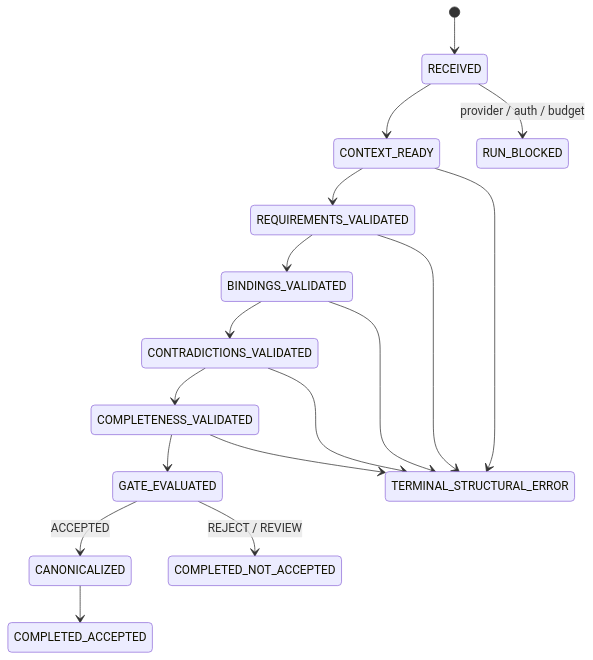
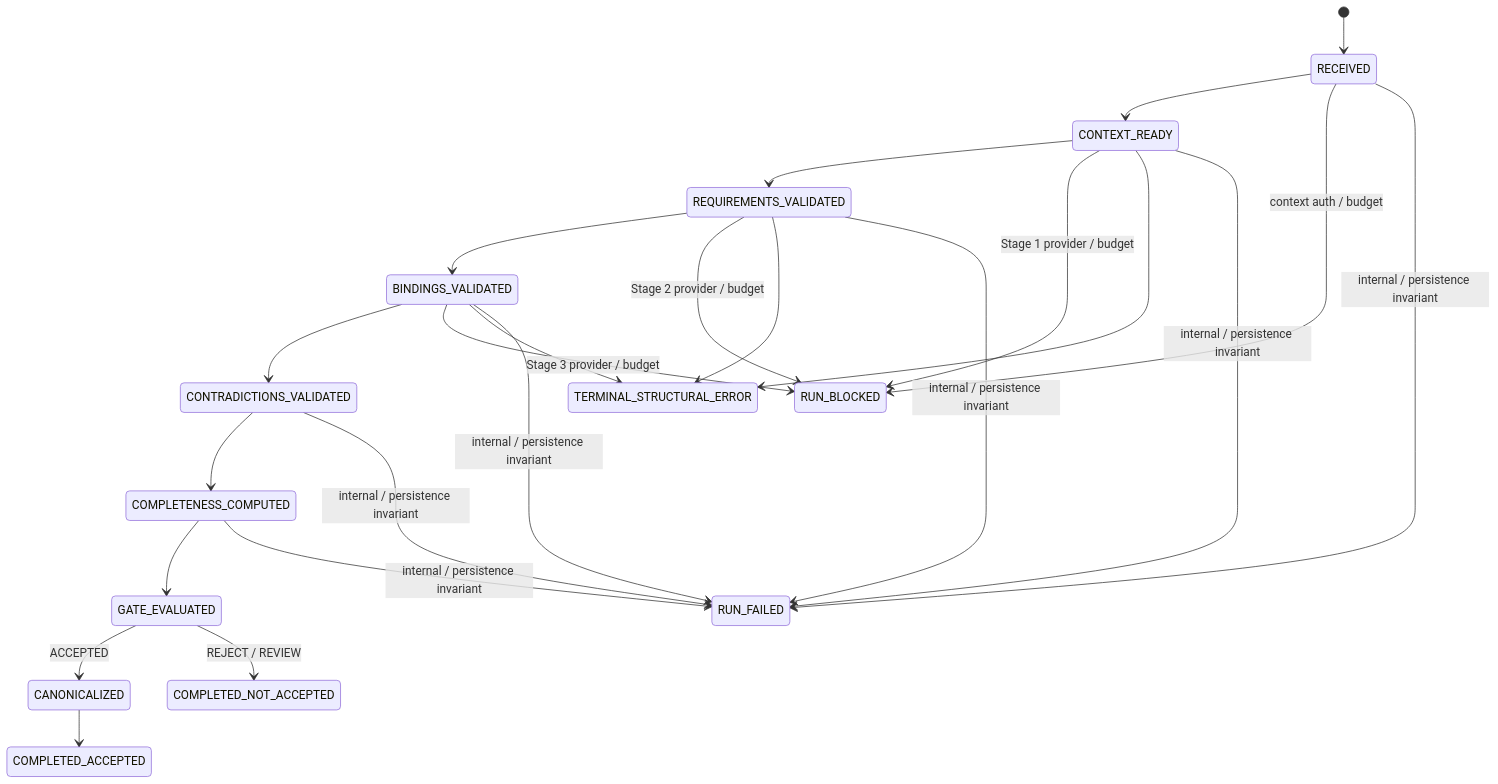
The second of 2 diagrams in docs/continuum_module_01_semantic_dependency_compiler/02_ARCHITECTURE.md (dabaitudiu/continuum), drawn with Mermaid before and after one commit. The commit also changed other lines of this file and 10 other files, not shown here.

````diff
--- a/docs/continuum_module_01_semantic_dependency_compiler/02_ARCHITECTURE.md
+++ b/docs/continuum_module_01_semantic_dependency_compiler/02_ARCHITECTURE.md
@@ -88,20 +87,27 @@
 ```mermaid
 stateDiagram-v2
     [*] --> RECEIVED
     RECEIVED --> CONTEXT_READY
     CONTEXT_READY --> REQUIREMENTS_VALIDATED
     REQUIREMENTS_VALIDATED --> BINDINGS_VALIDATED
     BINDINGS_VALIDATED --> CONTRADICTIONS_VALIDATED
-    CONTRADICTIONS_VALIDATED --> COMPLETENESS_VALIDATED
-    COMPLETENESS_VALIDATED --> GATE_EVALUATED
+    CONTRADICTIONS_VALIDATED --> COMPLETENESS_COMPUTED
+    COMPLETENESS_COMPUTED --> GATE_EVALUATED
     GATE_EVALUATED --> CANONICALIZED: ACCEPTED
     GATE_EVALUATED --> COMPLETED_NOT_ACCEPTED: REJECT / REVIEW
     CANONICALIZED --> COMPLETED_ACCEPTED
 
-    RECEIVED --> RUN_BLOCKED: provider / auth / budget
+    RECEIVED --> RUN_BLOCKED: context auth / budget
+    CONTEXT_READY --> RUN_BLOCKED: Stage 1 provider / budget
+    REQUIREMENTS_VALIDATED --> RUN_BLOCKED: Stage 2 provider / budget
+    BINDINGS_VALIDATED --> RUN_BLOCKED: Stage 3 provider / budget
     CONTEXT_READY --> TERMINAL_STRUCTURAL_ERROR
     REQUIREMENTS_VALIDATED --> TERMINAL_STRUCTURAL_ERROR
     BINDINGS_VALIDATED --> TERMINAL_STRUCTURAL_ERROR
-    CONTRADICTIONS_VALIDATED --> TERMINAL_STRUCTURAL_ERROR
-    COMPLETENESS_VALIDATED --> TERMINAL_STRUCTURAL_ERROR
+    RECEIVED --> RUN_FAILED: internal / persistence invariant
+    CONTEXT_READY --> RUN_FAILED: internal / persistence invariant
+    REQUIREMENTS_VALIDATED --> RUN_FAILED: internal / persistence invariant
+    BINDINGS_VALIDATED --> RUN_FAILED: internal / persistence invariant
+    CONTRADICTIONS_VALIDATED --> RUN_FAILED: internal / persistence invariant
+    COMPLETENESS_COMPUTED --> RUN_FAILED: internal / persistence invariant
 ```
````
